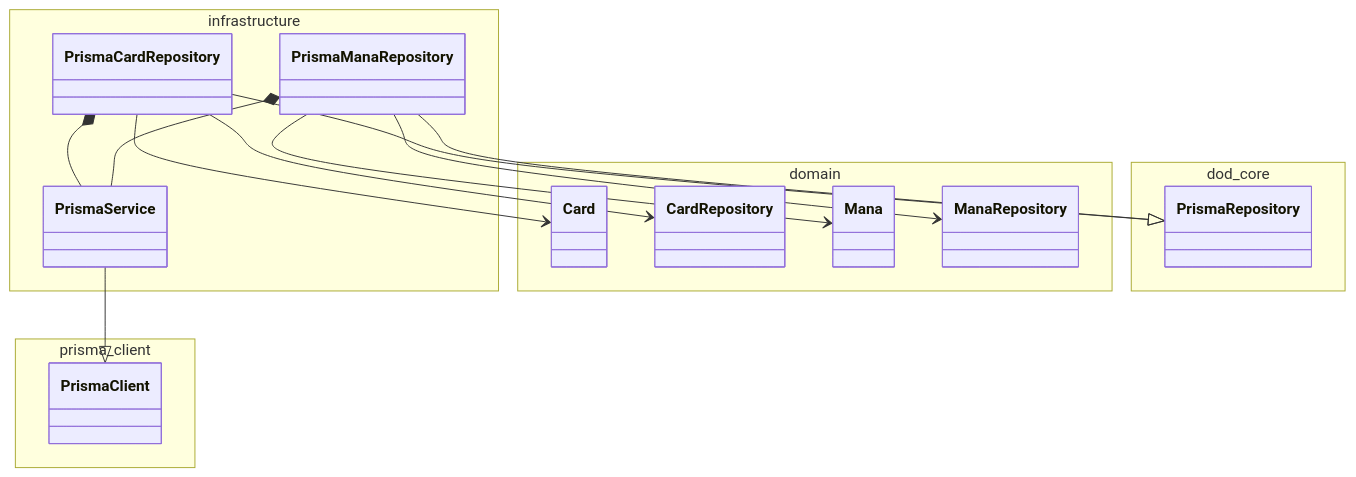
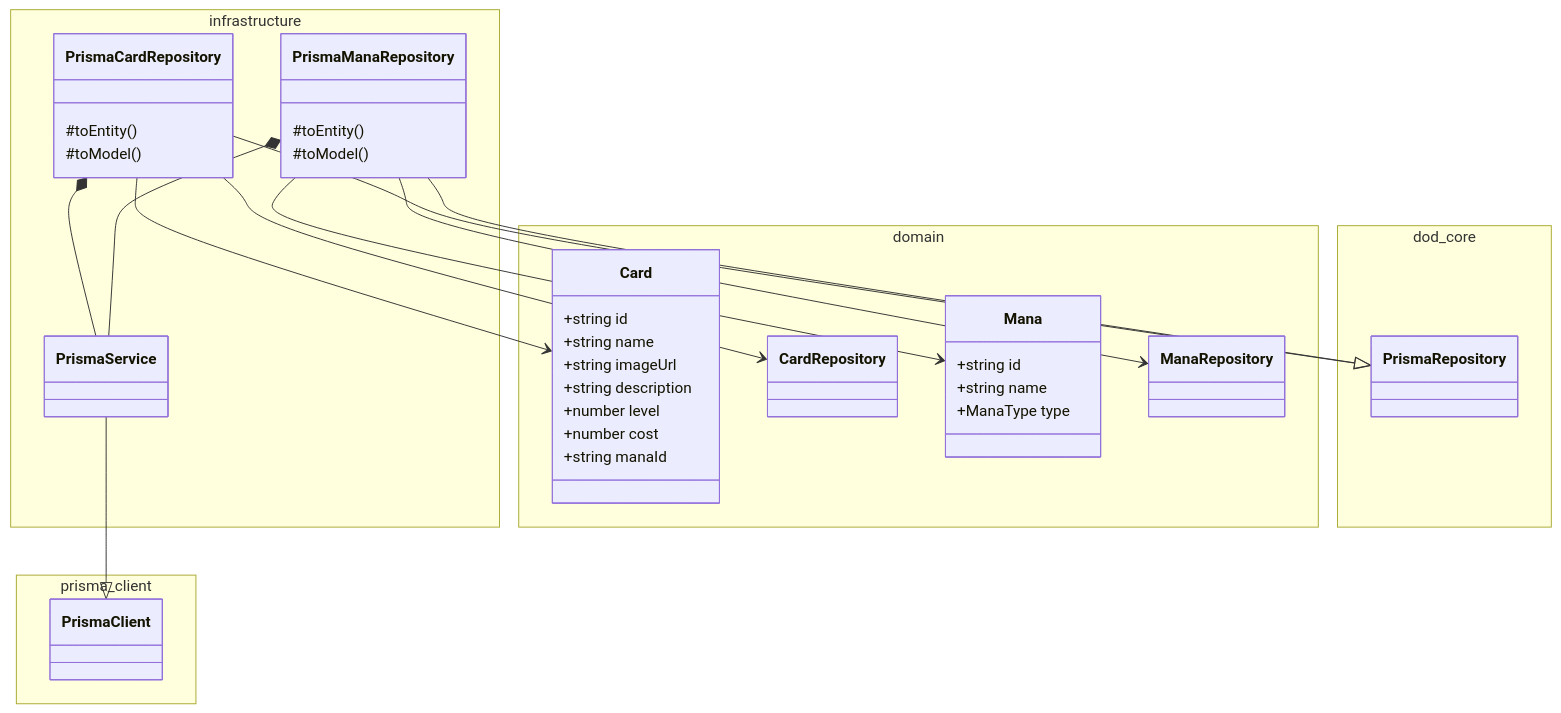
One commit to pslotinsky/decay-of-magic changed the fourth of 5 diagrams in services/codex-service/README.md. Above: the diagram before and after it, drawn with Mermaid. The commit also changed other lines of this file and 16 other files, not shown here.

Commit message:
DOD-0004: Add class members to Poe class diagram

````diff
--- a/services/codex-service/README.md
+++ b/services/codex-service/README.md
@@ -193,30 +317,48 @@
 ```mermaid
 classDiagram
   namespace infrastructure {
     class PrismaService
-    class PrismaCardRepository
-    class PrismaManaRepository
+    class PrismaCardRepository {
+      #toEntity()
+      #toModel()
+    }
+    class PrismaManaRepository {
+      #toEntity()
+      #toModel()
+    }
   }
   namespace domain {
-    class Card
+    class Card {
+      +string id
+      +string name
+      +string imageUrl
+      +string description
+      +number level
+      +number cost
+      +string manaId
+    }
     class CardRepository
-    class Mana
+    class Mana {
+      +string id
+      +string name
+      +ManaType type
+    }
     class ManaRepository
   }
   namespace prisma_client {
     class PrismaClient
   }
   namespace dod_core {
     class PrismaRepository
   }
 
   PrismaService --|> PrismaClient
   PrismaCardRepository --|> PrismaRepository
   PrismaCardRepository *-- PrismaService
   PrismaCardRepository --> Card
   PrismaCardRepository --> CardRepository
   PrismaManaRepository --|> PrismaRepository
   PrismaManaRepository *-- PrismaService
   PrismaManaRepository --> Mana
   PrismaManaRepository --> ManaRepository
 ```
````
